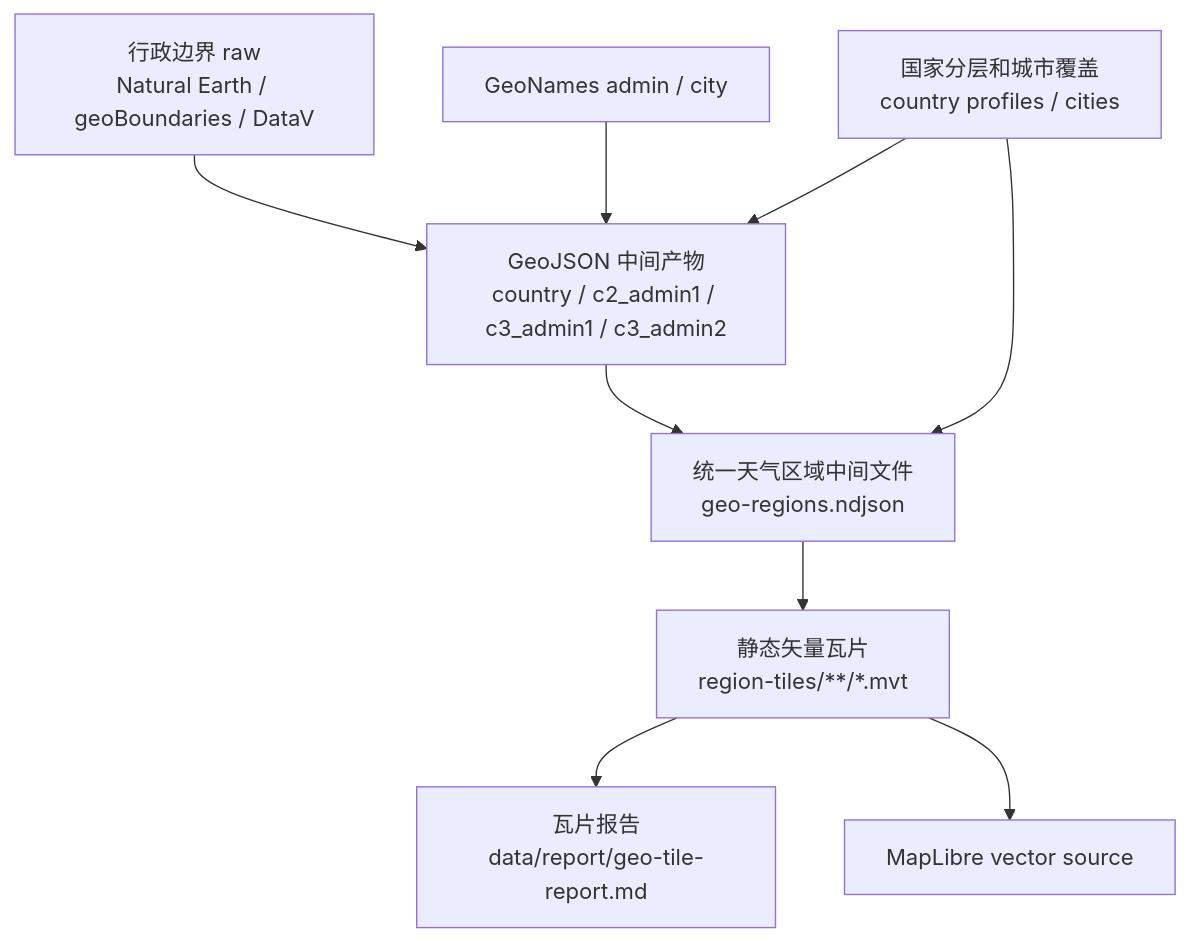
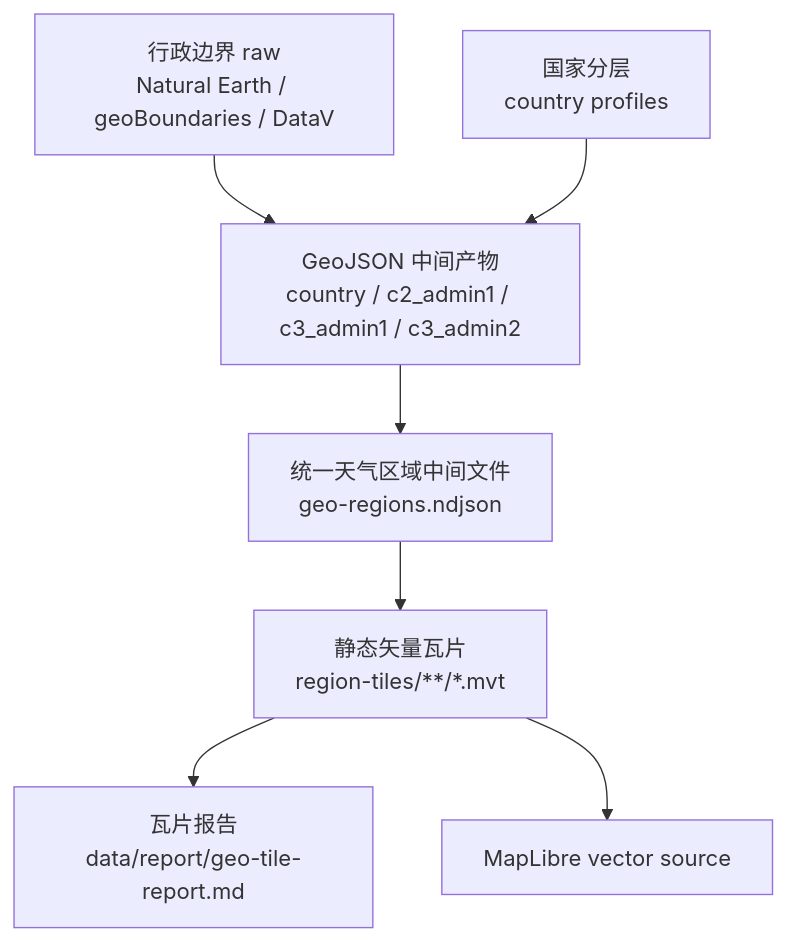
One commit to xiaomingio/weather-trip changed the diagram in docs/specs/40-map-vector-tiles-performance.md. Above: the diagram before and after it, drawn with Mermaid. The commit also changed other lines of this file and 541 other files, not shown here.

````diff
--- a/docs/specs/40-map-vector-tiles-performance.md
+++ b/docs/specs/40-map-vector-tiles-performance.md
@@ -231,20 +232,17 @@
 ```mermaid
 flowchart TD
   rawBoundary["行政边界 raw<br/>Natural Earth / geoBoundaries / DataV"]
-  geonames["GeoNames admin / city"]
-  coverage["国家分层和城市覆盖<br/>country profiles / cities"]
+  profiles["国家分层<br/>country profiles"]
   geojson["GeoJSON 中间产物<br/>country / c2_admin1 / c3_admin1 / c3_admin2"]
   regions["统一天气区域中间文件<br/>geo-regions.ndjson"]
   tiles["静态矢量瓦片<br/>region-tiles/**/*.mvt"]
   report["瓦片报告<br/>data/report/geo-tile-report.md"]
   browser["MapLibre vector source"]
 
   rawBoundary --> geojson
-  geonames --> geojson
-  coverage --> geojson
+  profiles --> geojson
   geojson --> regions
-  coverage --> regions
   regions --> tiles
   tiles --> report
   tiles --> browser
 ```
````
